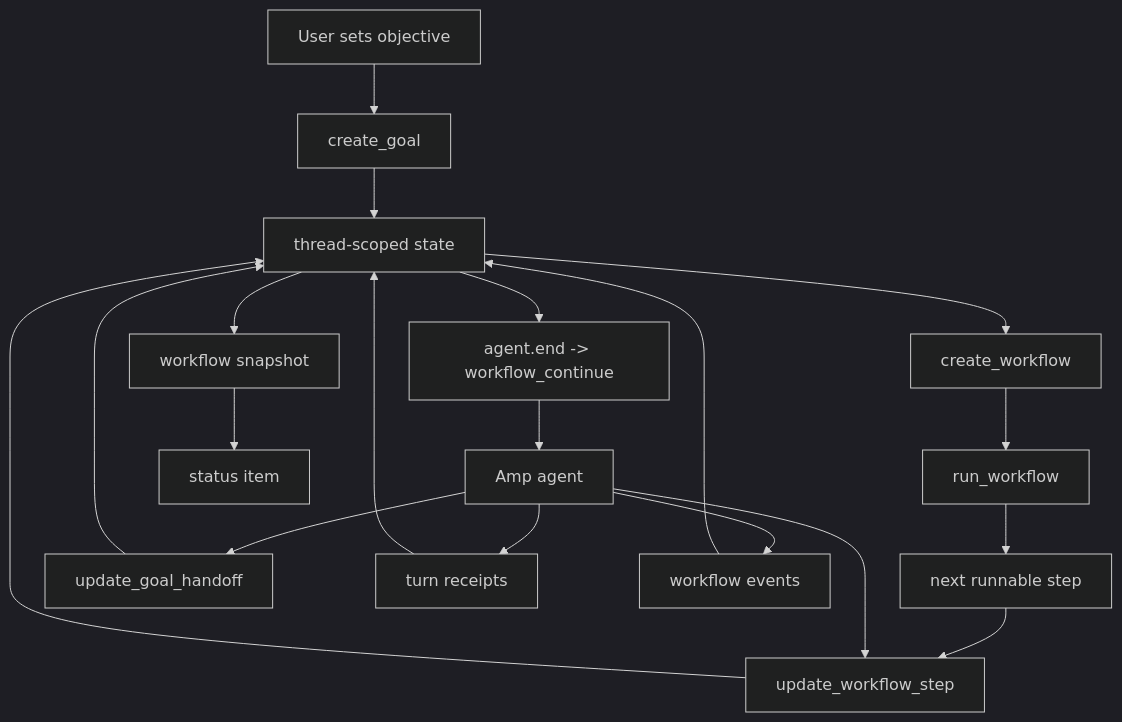
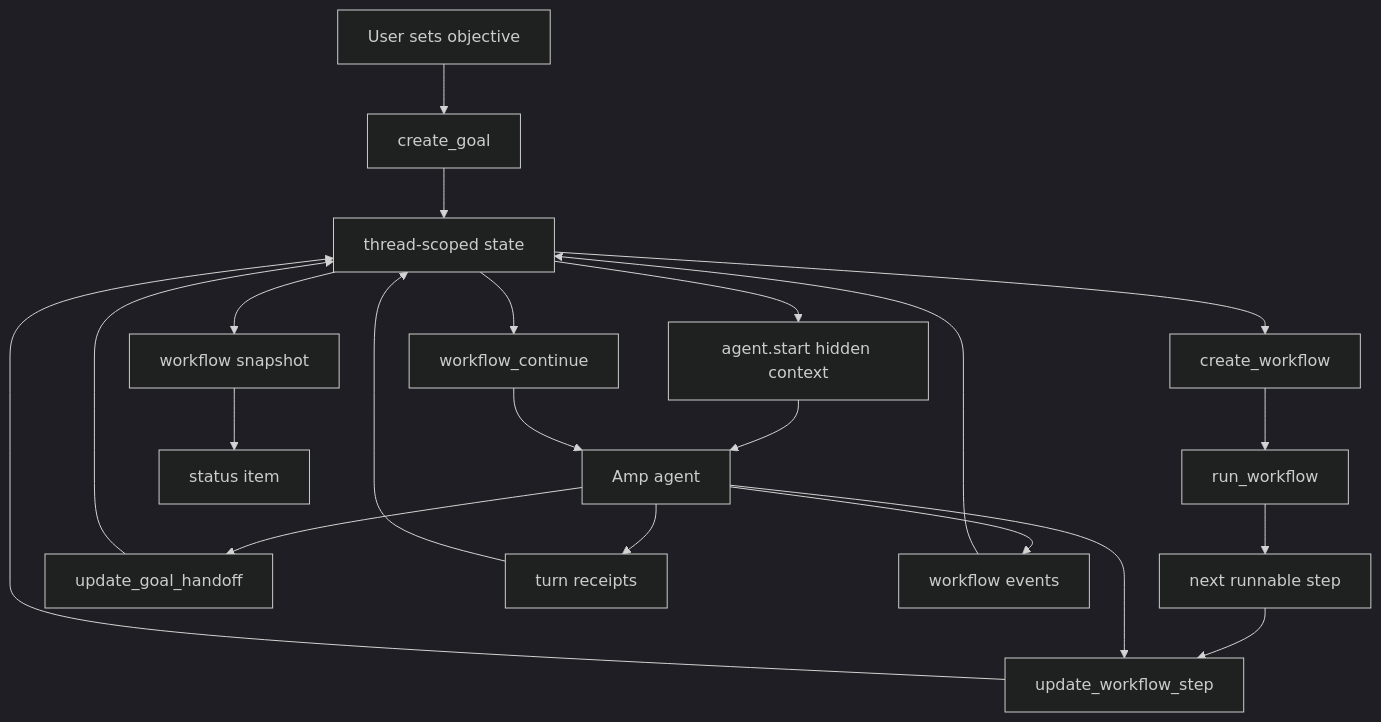
The diagram in README.md (lleewwiiss/amp-goal-plugin), drawn with Mermaid (dark theme) before and after one commit. The commit also changed other lines of this file and 5 other files, not shown here.

````diff
--- a/README.md
+++ b/README.md
@@ -11,21 +11,23 @@
 ```mermaid
 flowchart TD
   User["User sets objective"] --> Goal["create_goal"]
   Goal --> State["thread-scoped state"]
   State --> Workflow["create_workflow"]
   Workflow --> Run["run_workflow"]
   Run --> Step["next runnable step"]
   Step --> Update["update_workflow_step"]
   Update --> State
   State --> Snapshot["workflow snapshot"]
-  State --> Continue["agent.end -> workflow_continue"]
-  Continue --> Agent["Amp agent"]
+  State --> Context["agent.start hidden context"]
+  State --> Continue["workflow_continue"]
+  Context --> Agent["Amp agent"]
+  Continue --> Agent
   Agent --> Update
   Agent --> Handoff["update_goal_handoff"]
   Agent --> Receipts["turn receipts"]
   Agent --> Events["workflow events"]
   Handoff --> State
   Receipts --> State
   Events --> State
   Snapshot --> Status["status item"]
 ```
````
